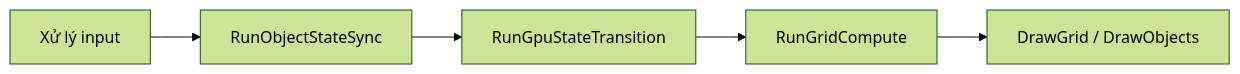
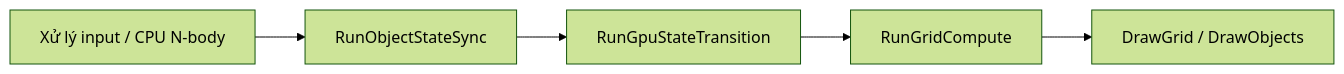
Before and after one commit to quocthaile/gravity_sim: the diagram in docs/run_object_state_sync.md, drawn with Mermaid (forest theme). The commit also changed other lines of this file and 21 other files, not shown here.

````diff
--- a/docs/run_object_state_sync.md
+++ b/docs/run_object_state_sync.md
@@ -24,7 +24,7 @@
 ```mermaid
 flowchart LR
-    A["Xử lý input"] --> B["RunObjectStateSync"]
+    A["Xử lý input / CPU N-body"] --> B["RunObjectStateSync"]
     B --> C["RunGpuStateTransition"]
     C --> D["RunGridCompute"]
     D --> E["DrawGrid / DrawObjects"]
 ```
````
